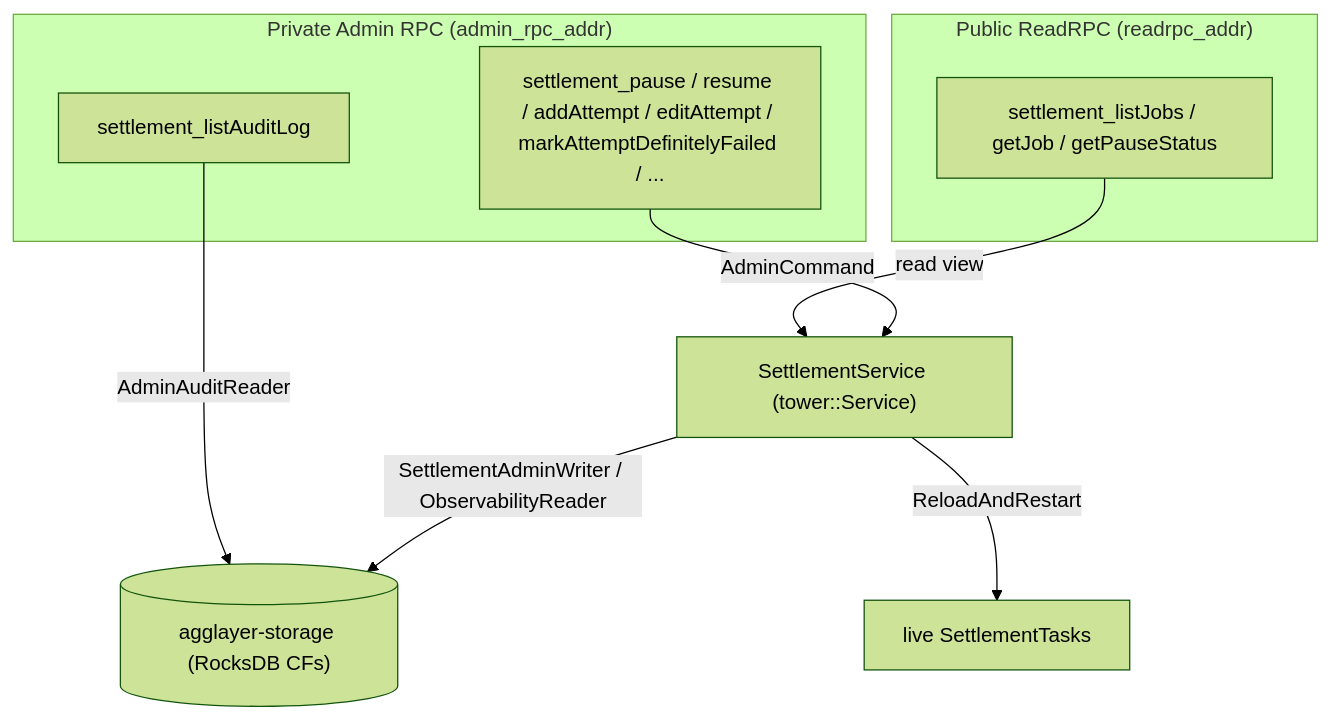
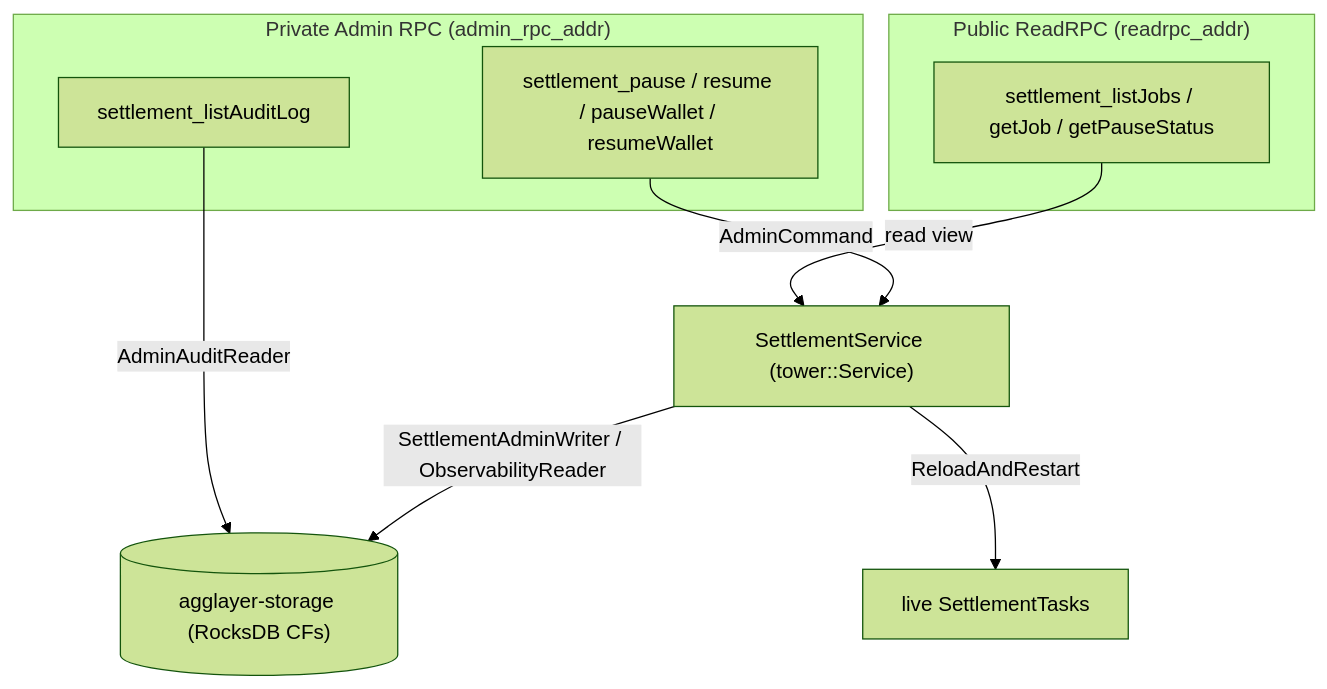
Before and after one commit to agglayer/agglayer: the first of 3 diagrams in docs/knowledge-base/src/ai-agents/specs/2026-06-08-settlement-admin-api-design.md, drawn with Mermaid (forest theme). The commit also changed other lines of this file and 2 other files, not shown here.

First line of the commit message:
docs(settlement): split the admin api design in two

````diff
--- a/docs/knowledge-base/src/ai-agents/specs/2026-06-08-settlement-admin-api-design.md
+++ b/docs/knowledge-base/src/ai-agents/specs/2026-06-08-settlement-admin-api-design.md
@@ -131,16 +159,16 @@
 ```mermaid
 flowchart TB
   subgraph Public["Public ReadRPC (readrpc_addr)"]
     R1["settlement_listJobs / getJob / getPauseStatus"]
   end
   subgraph Admin["Private Admin RPC (admin_rpc_addr)"]
-    A1["settlement_pause / resume / addAttempt / editAttempt / markAttemptDefinitelyFailed / ..."]
+    A1["settlement_pause / resume / pauseWallet / resumeWallet"]
     A2["settlement_listAuditLog"]
   end
   R1 -->|read view| SVC
   A1 -->|AdminCommand| SVC
   A2 -->|AdminAuditReader| STORE
   SVC["SettlementService (tower::Service)"]
   SVC -->|SettlementAdminWriter / ObservabilityReader| STORE[("agglayer-storage (RocksDB CFs)")]
   SVC -->|ReloadAndRestart| TASKS["live SettlementTasks"]
 ```
````
